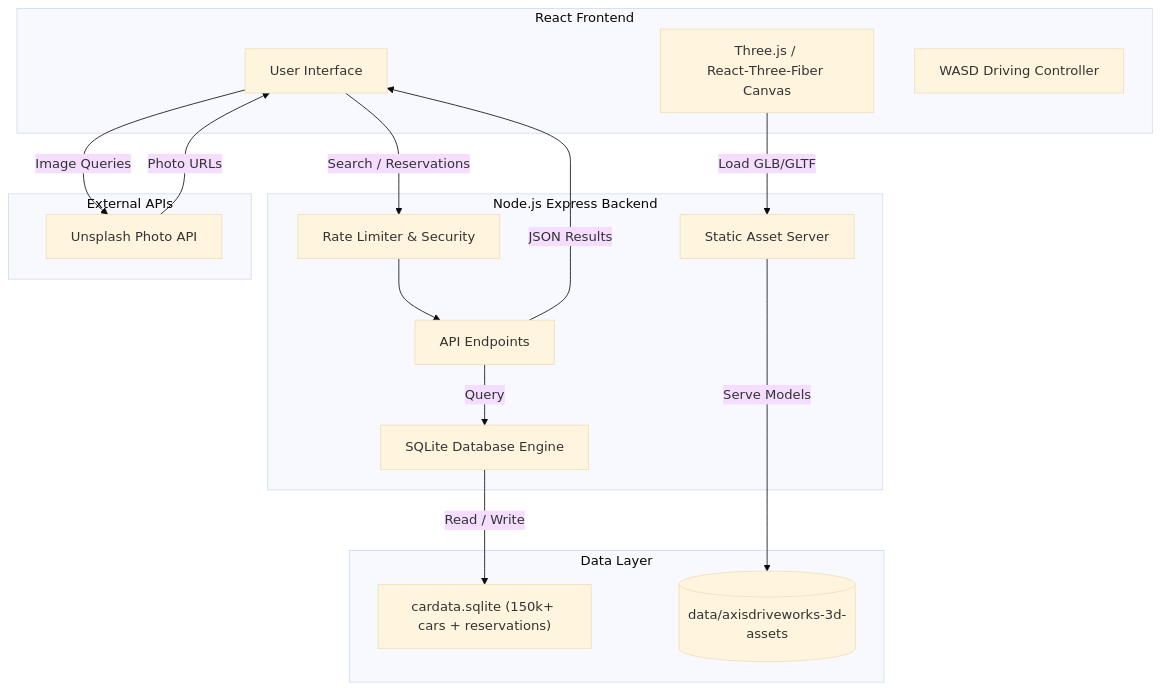
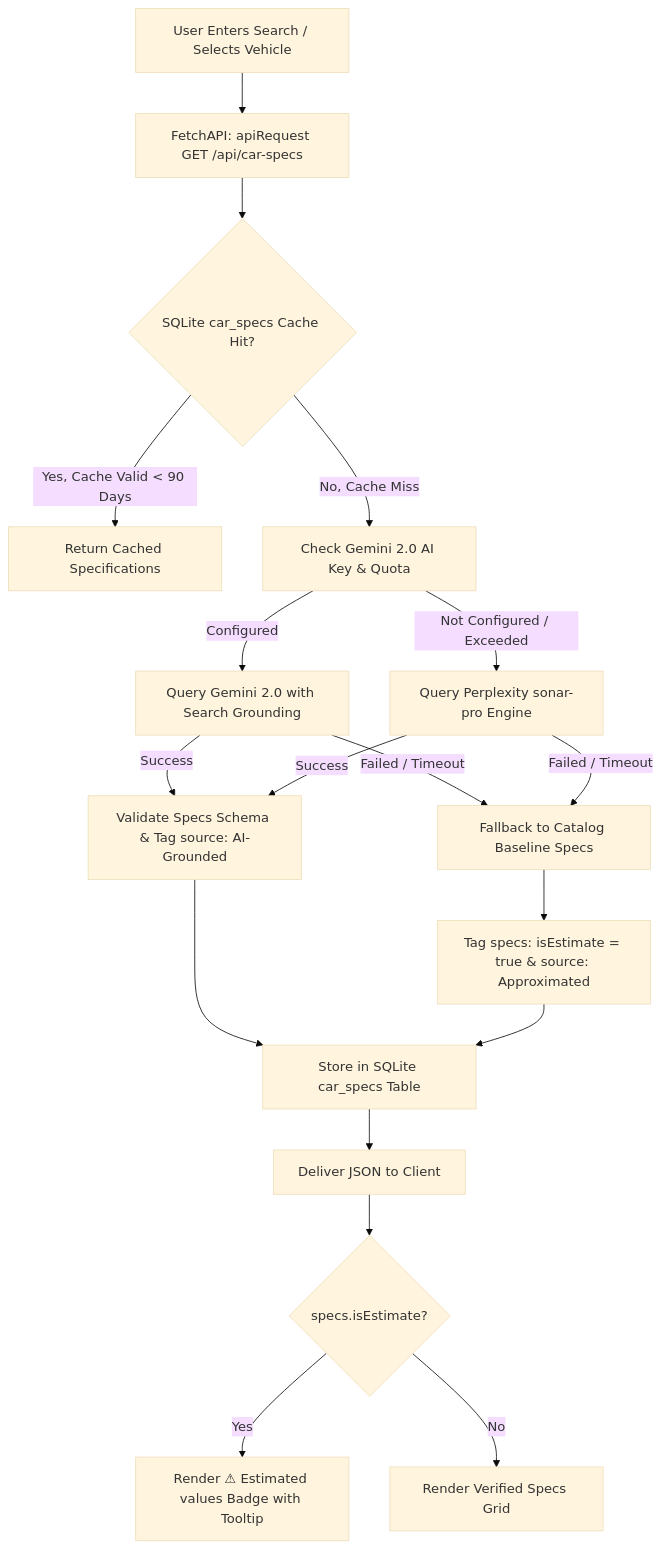
The third of 4 diagrams in README.md (Adarsh-Saripaka/Axis-DriveWorks), drawn with Mermaid (base theme) before and after one commit. The commit also changed other lines of this file and 9 other files, not shown here.

````diff
--- a/README.md
+++ b/README.md
@@ -27,30 +146,24 @@
 ```mermaid
-graph TD
-    subgraph Client [React Frontend]
-        UI[User Interface]
-        GL[Three.js / React‑Three‑Fiber Canvas]
-        Drive[WASD Driving Controller]
-    end
-    subgraph Server [Node.js Express Backend]
-        API[API Endpoints]
-        SQLite[SQLite Database Engine]
-        Assets[Static Asset Server]
-        Limiter[Rate Limiter & Security]
-    end
-    subgraph Data [Data Layer]
-        DB["cardata.sqlite (150k+ cars + reservations)"]
-        Models3D[(data/axisdriveworks-3d-assets)]
-    end
-    subgraph External [External APIs]
-        Unsplash[Unsplash Photo API]
-    end
-    UI -->|Search / Reservations| Limiter
-    Limiter --> API
-    API -->|Query| SQLite
-    SQLite -->|Read / Write| DB
-    API -->|JSON Results| UI
-    GL -->|Load GLB/GLTF| Assets
-    Assets -->|Serve Models| Models3D
-    UI -->|Image Queries| Unsplash
-    Unsplash -->|Photo URLs| UI
+flowchart TD
+    A[User Enters Search / Selects Vehicle] --> B[FetchAPI: apiRequest GET /api/car-specs]
+    B --> C{SQLite car_specs Cache Hit?}
+    
+    C -->|Yes, Cache Valid < 90 Days| D[Return Cached Specifications]
+    
+    C -->|No, Cache Miss| E[Check Gemini 2.0 AI Key & Quota]
+    E -->|Configured| F[Query Gemini 2.0 with Search Grounding]
+    E -->|Not Configured / Exceeded| G[Query Perplexity sonar-pro Engine]
+    
+    F -->|Success| H[Validate Specs Schema & Tag source: AI-Grounded]
+    G -->|Success| H
+    F -->|Failed / Timeout| I[Fallback to Catalog Baseline Specs]
+    G -->|Failed / Timeout| I
+    
+    I --> J[Tag specs: isEstimate = true & source: Approximated]
+    H --> K[Store in SQLite car_specs Table]
+    J --> K
+    K --> L[Deliver JSON to Client]
+    L --> M{specs.isEstimate?}
+    M -->|Yes| N[Render ⚠ Estimated values Badge with Tooltip]
+    M -->|No| O[Render Verified Specs Grid]
 ```
````
